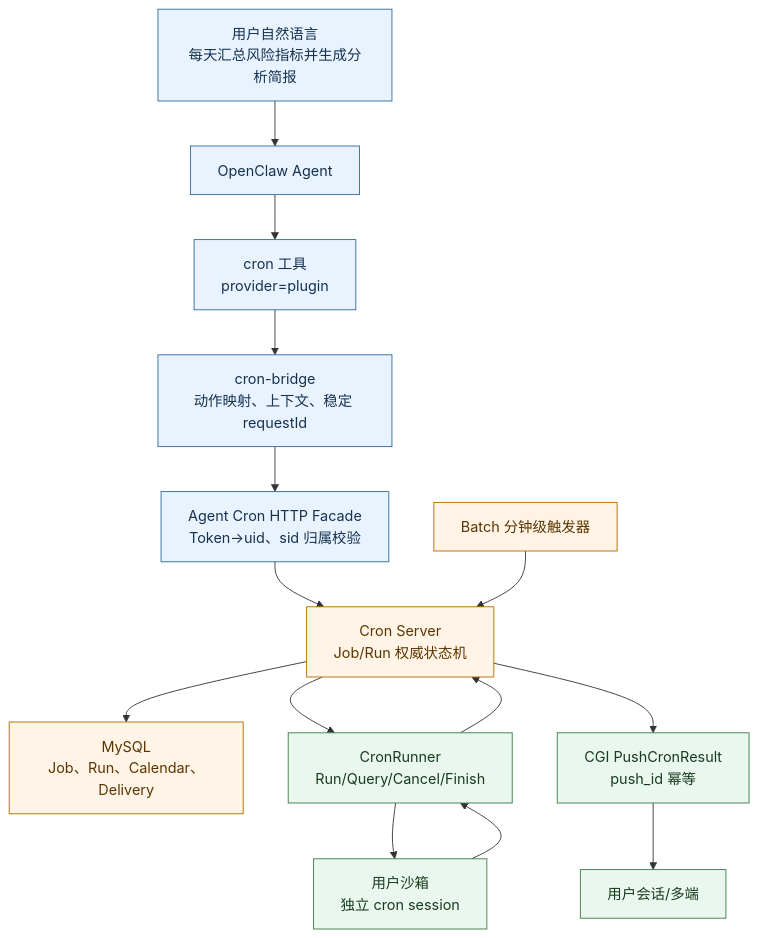
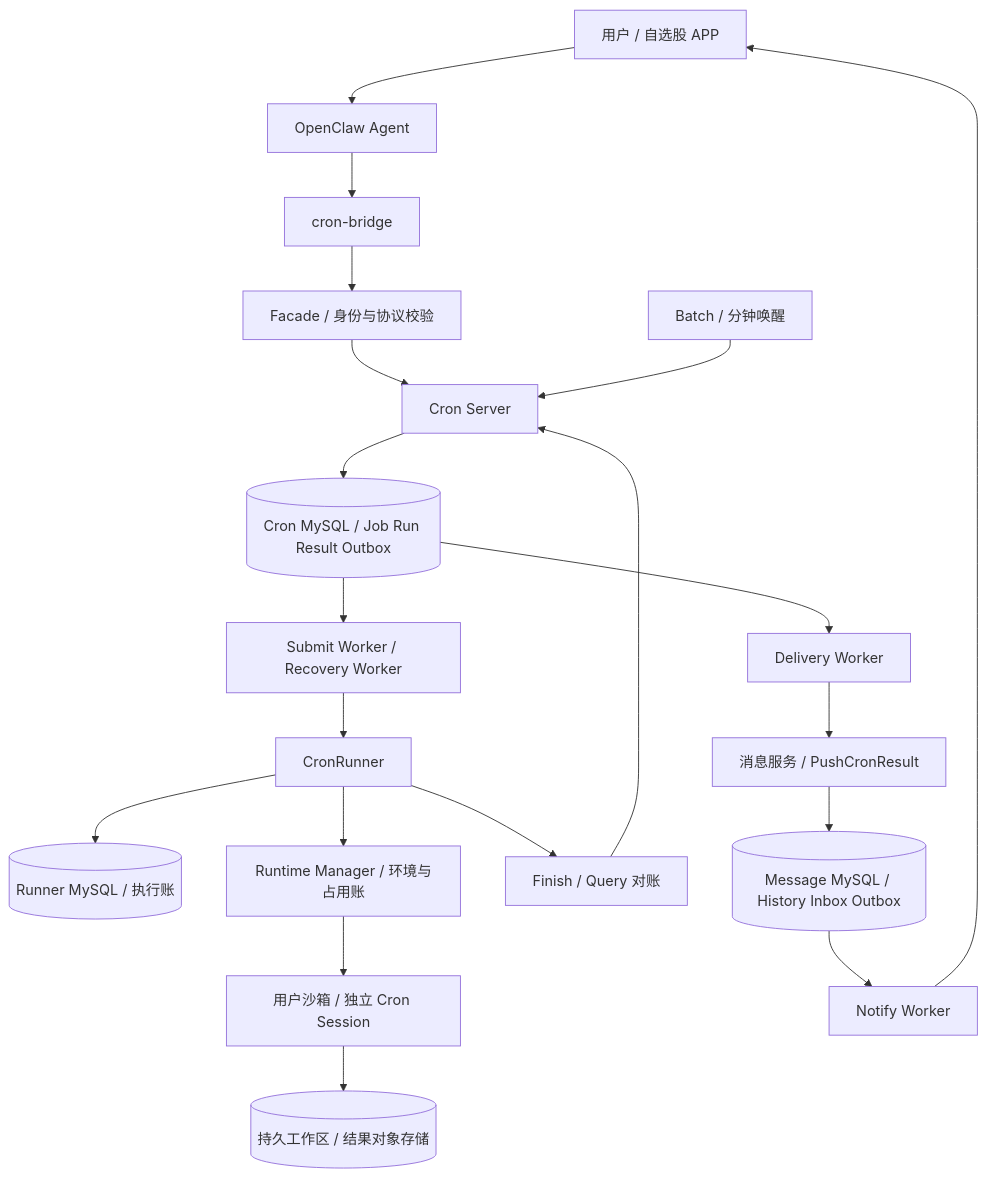
The first of 4 diagrams in 中心化Cron服务_项目复盘.md (Zhouzehua123/rating), drawn with Mermaid before and after one commit. The commit also changed other lines of this file, not shown here.

````diff
--- a/中心化Cron服务_项目复盘.md
+++ b/中心化Cron服务_项目复盘.md
@@ -85,28 +108,22 @@
 ```mermaid
 flowchart TD
-    USER["用户自然语言<br/>每天汇总风险指标并生成分析简报"]
-    AGENT["OpenClaw Agent"]
-    TOOL["cron 工具<br/>provider=plugin"]
-    BRIDGE["cron-bridge<br/>动作映射、上下文、稳定 requestId"]
-    FACADE["Agent Cron HTTP Facade<br/>Token→uid、sid 归属校验"]
-    SERVER["Cron Server<br/>Job/Run 权威状态机"]
-    DB["MySQL<br/>Job、Run、Calendar、Delivery"]
-    BATCH["Batch 分钟级触发器"]
-    RUNNER["CronRunner<br/>Run/Query/Cancel/Finish"]
-    SANDBOX["用户沙箱<br/>独立 cron session"]
-    CGI["CGI PushCronResult<br/>push_id 幂等"]
-    CLIENT["用户会话/多端"]
-
-    USER --> AGENT --> TOOL --> BRIDGE --> FACADE --> SERVER --> DB
-    BATCH --> SERVER
-    SERVER --> RUNNER --> SANDBOX
-    SANDBOX --> RUNNER --> SERVER
-    SERVER --> CGI --> CLIENT
-
-    classDef ingress fill:#E8F3FF,stroke:#2F6B9A,color:#16324F
-    classDef control fill:#FFF4E5,stroke:#B36B00,color:#5B3500
-    classDef execute fill:#EAF7EE,stroke:#3A7D44,color:#183B20
-    class USER,AGENT,TOOL,BRIDGE,FACADE ingress
-    class SERVER,DB,BATCH control
-    class RUNNER,SANDBOX,CGI,CLIENT execute
+    USER[用户 / 自选股 APP] --> AGENT[OpenClaw Agent]
+    AGENT --> BRIDGE[cron-bridge]
+    BRIDGE --> FACADE[Facade / 身份与协议校验]
+    FACADE --> SERVER[Cron Server]
+    BATCH[Batch / 分钟唤醒] --> SERVER
+    SERVER --> CDB[(Cron MySQL / Job Run Result Outbox)]
+    CDB --> SW[Submit Worker / Recovery Worker]
+    SW --> RUNNER[CronRunner]
+    RUNNER --> RDB[(Runner MySQL / 执行账)]
+    RUNNER --> RUNTIME[Runtime Manager / 环境与占用账]
+    RUNTIME --> SANDBOX[用户沙箱 / 独立 Cron Session]
+    SANDBOX --> FILES[(持久工作区 / 结果对象存储)]
+    RUNNER --> FINISH[Finish / Query 对账]
+    FINISH --> SERVER
+    CDB --> DW[Delivery Worker]
+    DW --> CGI[消息服务 / PushCronResult]
+    CGI --> MDB[(Message MySQL / History Inbox Outbox)]
+    MDB --> NW[Notify Worker]
+    NW --> USER
 ```
````
